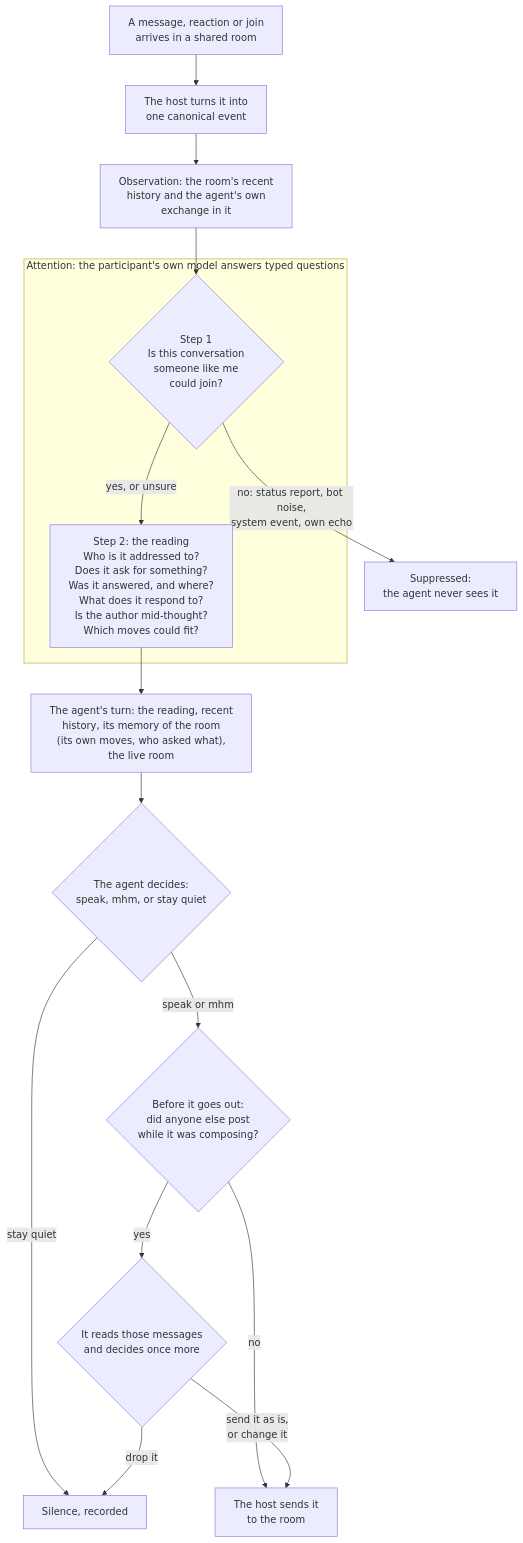
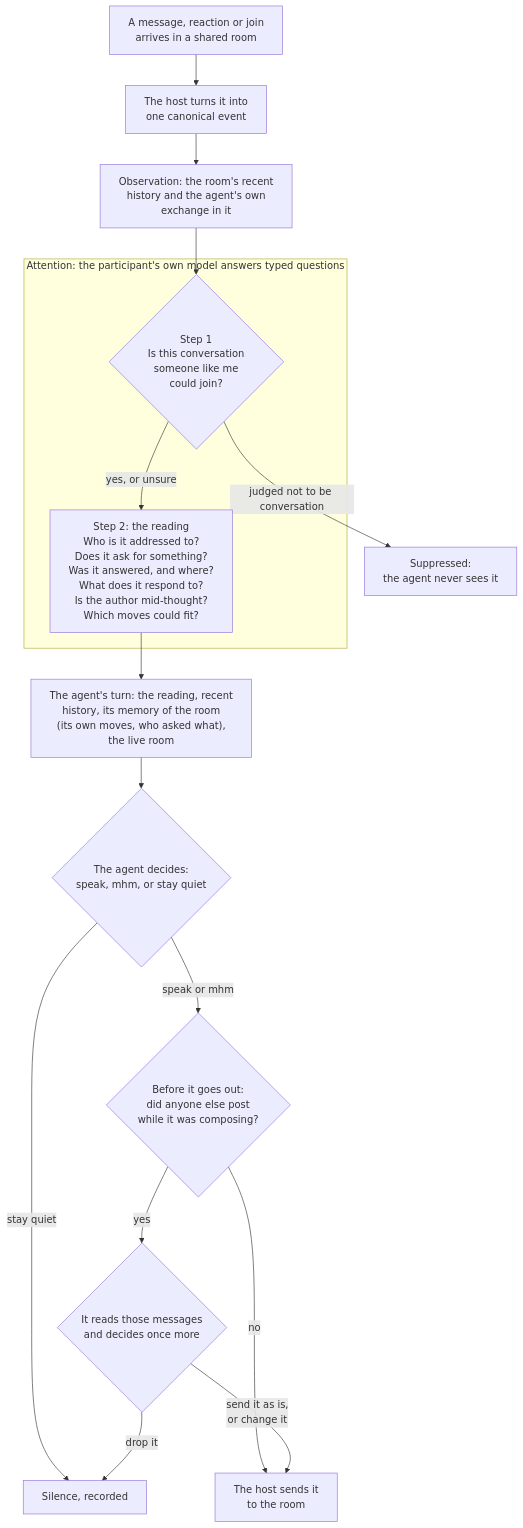
One commit to mentatzoe/nunchi changed the diagram in README.md. Above: the diagram before and after it, drawn with Mermaid. The commit also changed other lines of this file and 54 other files, not shown here.

Commit message:
docs: clarify library goal before architecture review

````diff
--- a/README.md
+++ b/README.md
@@ -19,21 +33,21 @@
 ```mermaid
 %%{init: {"flowchart": {"wrappingWidth": 360}}}%%
 flowchart TD
     msg["A message, reaction or join<br/>arrives in a shared room"] --> adapter["The host turns it into<br/>one canonical event"]
     adapter --> obs["Observation: the room's recent<br/>history and the agent's own<br/>exchange in it"]
     obs --> s1
     subgraph attention["Attention: the participant's own model answers typed questions"]
         s1{"Step 1<br/>Is this conversation<br/>someone like me<br/>could join?"}
         s2["Step 2: the reading<br/>Who is it addressed to?<br/>Does it ask for something?<br/>Was it answered, and where?<br/>What does it respond to?<br/>Is the author mid-thought?<br/>Which moves could fit?"]
         s1 -- "yes, or unsure" --> s2
     end
-    s1 -- "no: status report, bot noise,<br/>system event, own echo" --> hidden["Suppressed:<br/>the agent never sees it"]
+    s1 -- "judged not to be conversation" --> hidden["Suppressed:<br/>the agent never sees it"]
     s2 --> turn["The agent's turn: the reading, recent<br/>history, its memory of the room<br/>(its own moves, who asked what),<br/>the live room"]
     turn --> decide{"The agent decides:<br/>speak, mhm, or stay quiet"}
     decide -- "stay quiet" --> silent["Silence, recorded"]
     decide -- "speak or mhm" --> look{"Before it goes out:<br/>did anyone else post<br/>while it was composing?"}
     look -- "no" --> send["The host sends it<br/>to the room"]
     look -- "yes" --> again{"It reads those messages<br/>and decides once more"}
     again -- "send it as is,<br/>or change it" --> send
     again -- "drop it" --> silent
 ```
````
